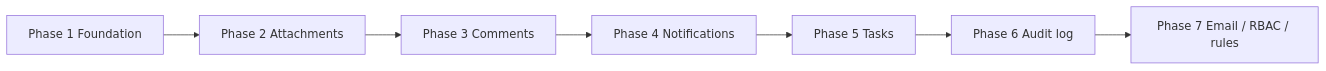
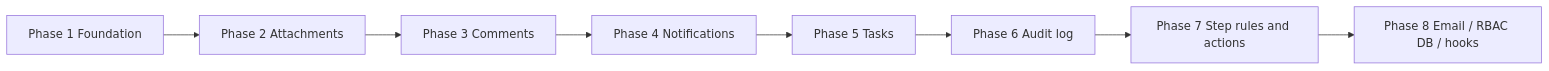
One commit to russdanner/plugin-studio-workflow changed the eighth of 10 diagrams in docs/ARCHITECTURE_DIAGRAM.md. Above: the diagram before and after it, drawn with Mermaid. The commit also changed other lines of this file and 58 other files, not shown here.

````diff
--- a/docs/ARCHITECTURE_DIAGRAM.md
+++ b/docs/ARCHITECTURE_DIAGRAM.md
@@ -170,9 +179,10 @@
 ```mermaid
 flowchart LR
     P1[Phase 1 Foundation] --> P2[Phase 2 Attachments]
     P2 --> P3[Phase 3 Comments]
     P3 --> P4[Phase 4 Notifications]
     P4 --> P5[Phase 5 Tasks]
     P5 --> P6[Phase 6 Audit log]
-    P6 --> P7[Phase 7 Email / RBAC / rules]
+    P6 --> P7[Phase 7 Step rules and actions]
+    P7 --> P8[Phase 8 Email / RBAC DB / hooks]
 ```
````
